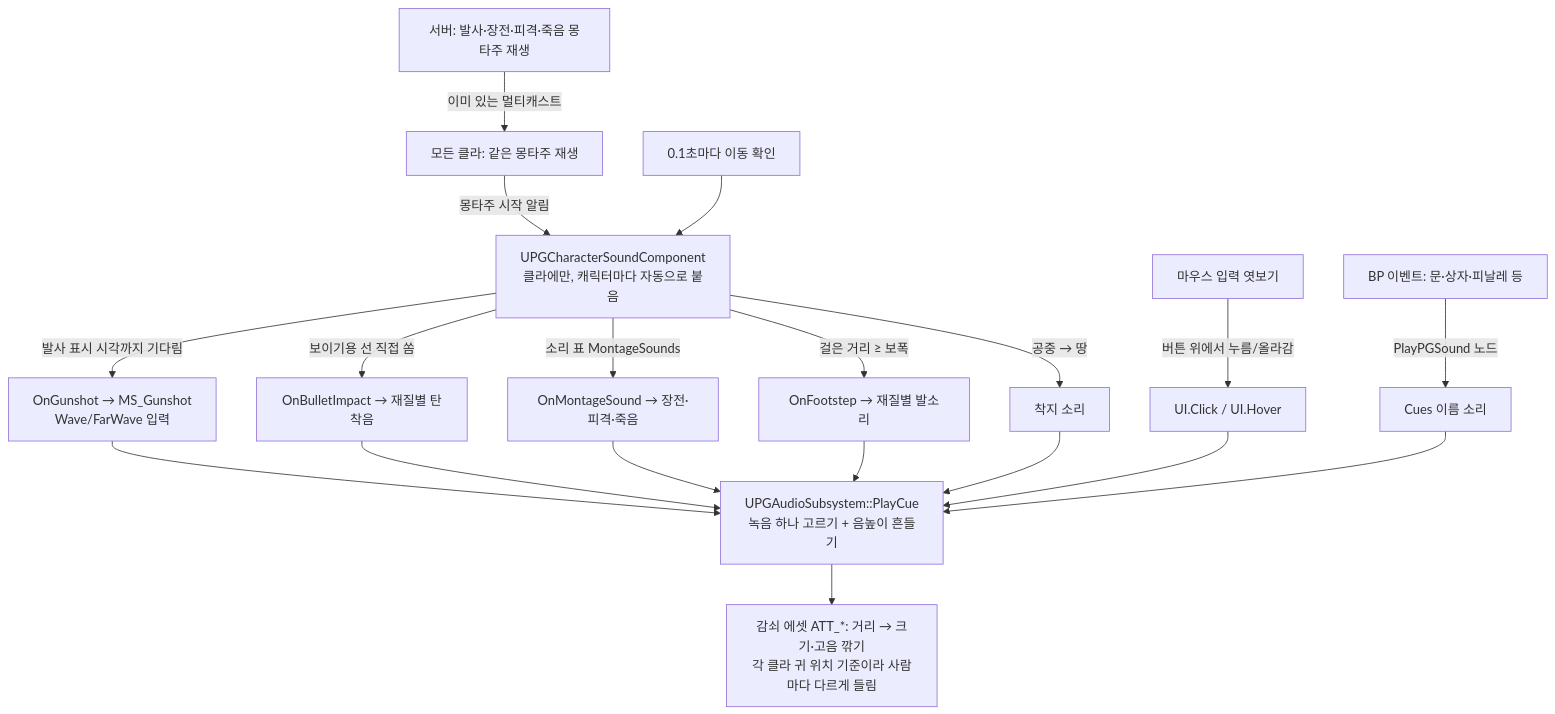
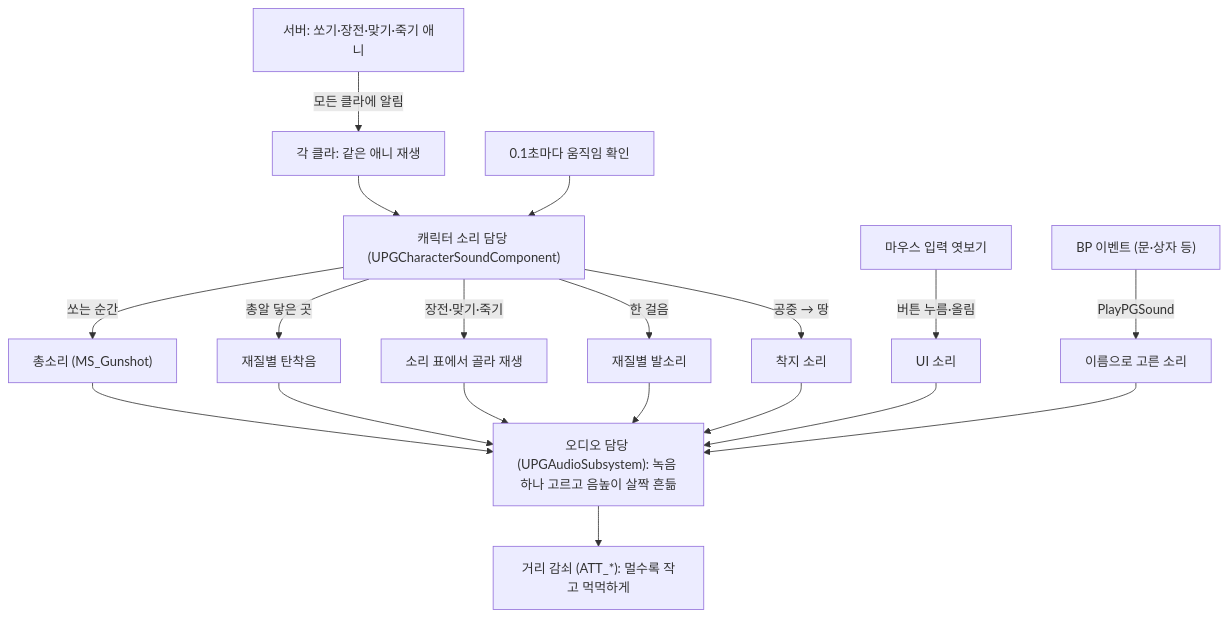
The diagram in Source/ProjectPG/Public/Audio/README.md (AssortRock-KDT6-Unreal-PowerAde/ProjectPG), drawn with Mermaid before and after one commit. The commit also changed other lines of this file and 6 other files, not shown here.

````diff
--- a/Source/ProjectPG/Public/Audio/README.md
+++ b/Source/ProjectPG/Public/Audio/README.md
@@ -14,15 +29,15 @@
 ```mermaid
 flowchart TD
-  S[서버: 발사·장전·피격·죽음 몽타주 재생] -->|이미 있는 멀티캐스트| C[모든 클라: 같은 몽타주 재생]
-  C -->|몽타주 시작 알림| K[UPGCharacterSoundComponent<br/>클라에만, 캐릭터마다 자동으로 붙음]
-  K -->|발사 표시 시각까지 기다림| G[OnGunshot → MS_Gunshot<br/>Wave/FarWave 입력]
-  K -->|보이기용 선 직접 쏨| I[OnBulletImpact → 재질별 탄착음]
-  K -->|소리 표 MontageSounds| M[OnMontageSound → 장전·피격·죽음]
-  MV[0.1초마다 이동 확인] --> K
-  K -->|걸은 거리 ≥ 보폭| F[OnFootstep → 재질별 발소리]
-  K -->|공중 → 땅| L[착지 소리]
-  UI[마우스 입력 엿보기] -->|버튼 위에서 누름/올라감| U[UI.Click / UI.Hover]
-  BP[BP 이벤트: 문·상자·피날레 등] -->|PlayPGSound 노드| N[Cues 이름 소리]
-  G & I & M & F & L & U & N --> P[UPGAudioSubsystem::PlayCue<br/>녹음 하나 고르기 + 음높이 흔들기]
-  P --> A[감쇠 에셋 ATT_*: 거리 → 크기·고음 깎기<br/>각 클라 귀 위치 기준이라 사람마다 다르게 들림]
+  ServerMontage["서버: 쏘기·장전·맞기·죽기 애니"] -->|모든 클라에 알림| ClientMontage["각 클라: 같은 애니 재생"]
+  ClientMontage --> CharSound["캐릭터 소리 담당 (UPGCharacterSoundComponent)"]
+  MoveCheck["0.1초마다 움직임 확인"] --> CharSound
+  CharSound -->|쏘는 순간| Gunshot["총소리 (MS_Gunshot)"]
+  CharSound -->|총알 닿은 곳| Impact["재질별 탄착음"]
+  CharSound -->|장전·맞기·죽기| MontageSound["소리 표에서 골라 재생"]
+  CharSound -->|한 걸음| Footstep["재질별 발소리"]
+  CharSound -->|공중 → 땅| Landing["착지 소리"]
+  UIInput["마우스 입력 엿보기"] -->|버튼 누름·올림| UIClick["UI 소리"]
+  BPEvent["BP 이벤트 (문·상자 등)"] -->|PlayPGSound| CueSound["이름으로 고른 소리"]
+  Gunshot & Impact & MontageSound & Footstep & Landing & UIClick & CueSound --> AudioSub["오디오 담당 (UPGAudioSubsystem): 녹음 하나 고르고 음높이 살짝 흔듦"]
+  AudioSub --> Attenuation["거리 감쇠 (ATT_*): 멀수록 작고 먹먹하게"]
 ```
````
